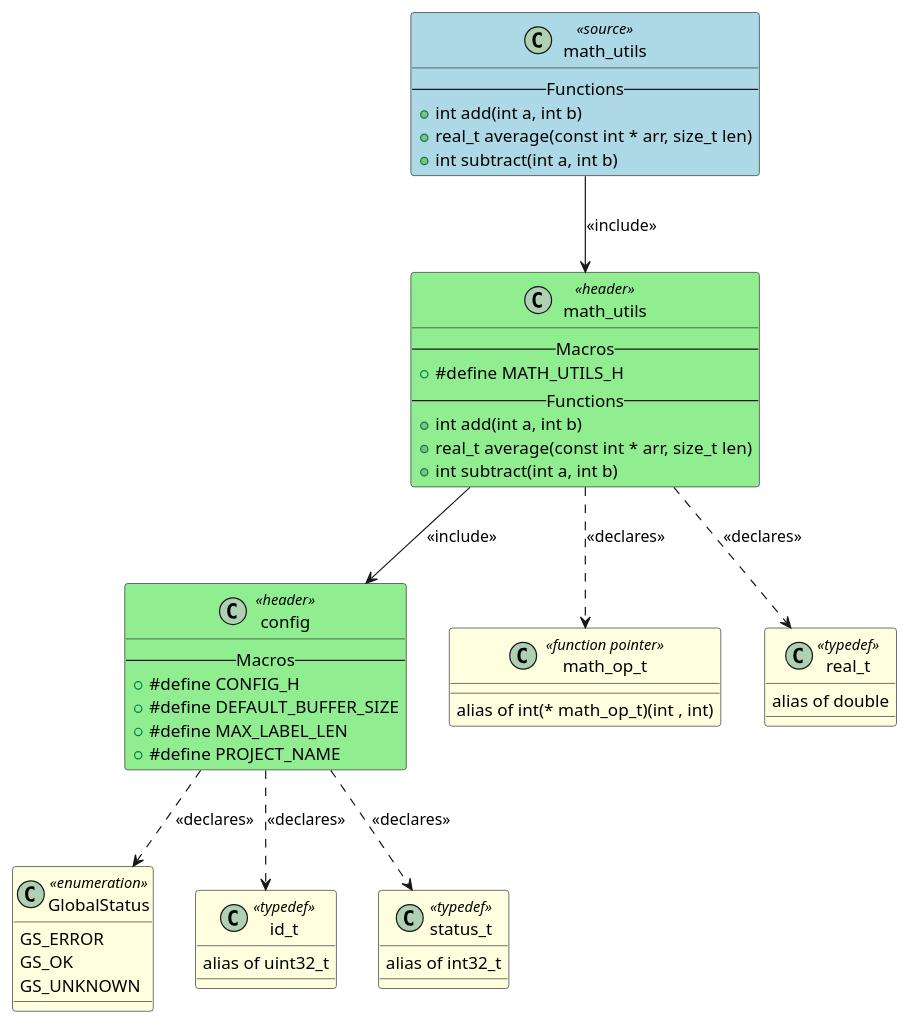
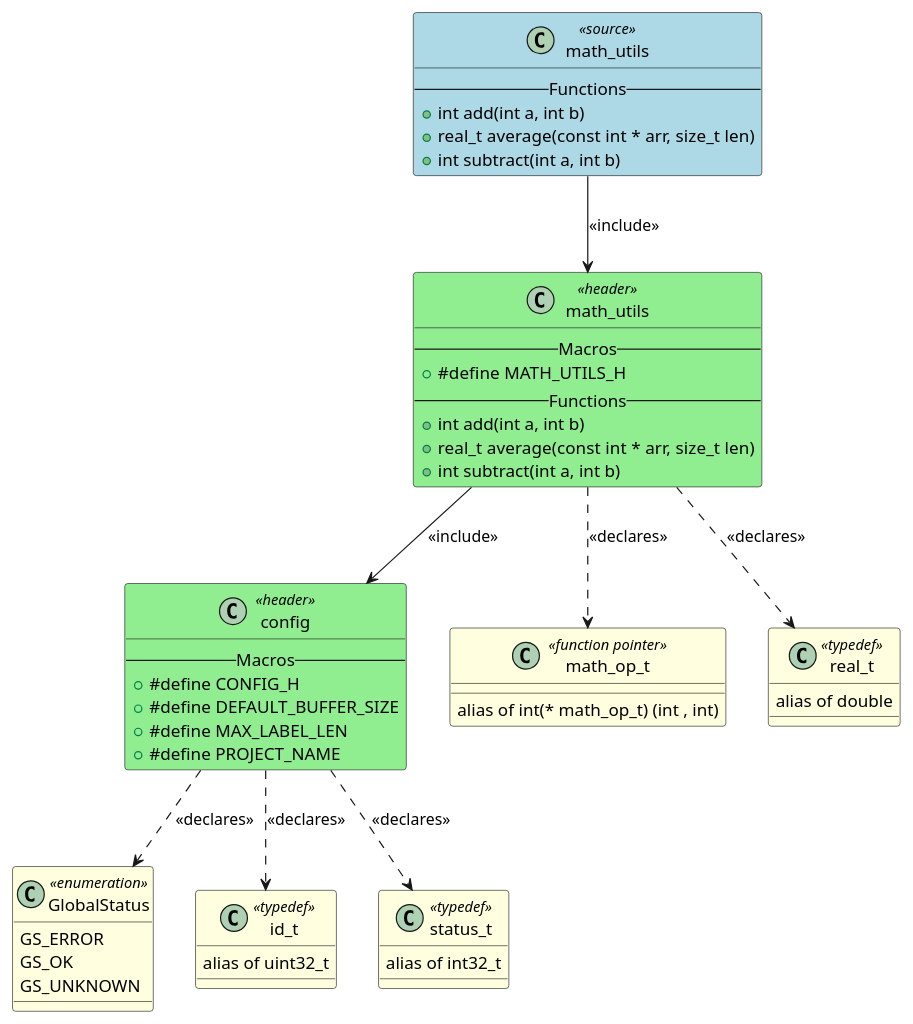
The diagram in artifacts/output_example/math_utils.puml (fischerjooo/c2puml), drawn with PlantUML before and after one commit. The commit also changed 22 other files, not shown here.

Commit message:
Improve function pointer formatting and spacing in PlantUML generation

```diff
--- a/artifacts/output_example/math_utils.puml
+++ b/artifacts/output_example/math_utils.puml
@@ -1,71 +1,71 @@
 @startuml math_utils
 
 class "math_utils" as MATH_UTILS <<source>> #LightBlue
 {
     -- Functions --
     + int add(int a, int b)
     + real_t average(const int * arr, size_t len)
     + int subtract(int a, int b)
 }
 
 class "config" as HEADER_CONFIG <<header>> #LightGreen
 {
     -- Macros --
     + #define CONFIG_H
     + #define DEFAULT_BUFFER_SIZE
     + #define MAX_LABEL_LEN
     + #define PROJECT_NAME
 }
 
 class "math_utils" as HEADER_MATH_UTILS <<header>> #LightGreen
 {
     -- Macros --
     + #define MATH_UTILS_H
     -- Functions --
     + int add(int a, int b)
     + real_t average(const int * arr, size_t len)
     + int subtract(int a, int b)
 }
 
 class "GlobalStatus" as TYPEDEF_GLOBALSTATUS <<enumeration>> #LightYellow
 {
     GS_ERROR
     GS_OK
     GS_UNKNOWN
 }
 
 class "id_t" as TYPEDEF_ID_T <<typedef>> #LightYellow
 {
     alias of uint32_t
 }
 
 class "status_t" as TYPEDEF_STATUS_T <<typedef>> #LightYellow
 {
     alias of int32_t
 }
 
 class "math_op_t" as TYPEDEF_MATH_OP_T <<function pointer>> #LightYellow
 {
-    alias of int(* math_op_t)(int , int)
+    alias of int(* math_op_t) (int , int)
 }
 
 class "real_t" as TYPEDEF_REAL_T <<typedef>> #LightYellow
 {
     alias of double
 }
 
 
 ' Include relationships
 MATH_UTILS --> HEADER_MATH_UTILS : <<include>>
 HEADER_MATH_UTILS --> HEADER_CONFIG : <<include>>
 
 ' Declaration relationships
 HEADER_CONFIG ..> TYPEDEF_GLOBALSTATUS : <<declares>>
 HEADER_CONFIG ..> TYPEDEF_ID_T : <<declares>>
 HEADER_CONFIG ..> TYPEDEF_STATUS_T : <<declares>>
 HEADER_MATH_UTILS ..> TYPEDEF_MATH_OP_T : <<declares>>
 HEADER_MATH_UTILS ..> TYPEDEF_REAL_T : <<declares>>
 
 ' Uses relationships
 
 @enduml
```
